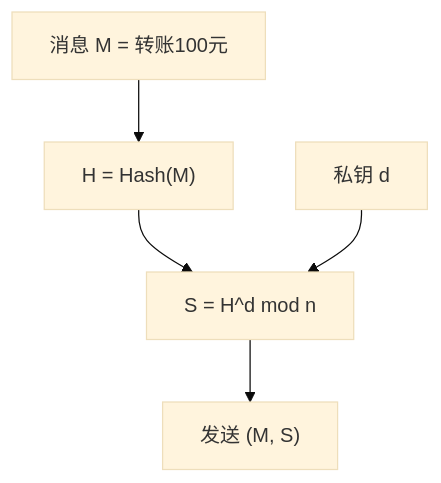
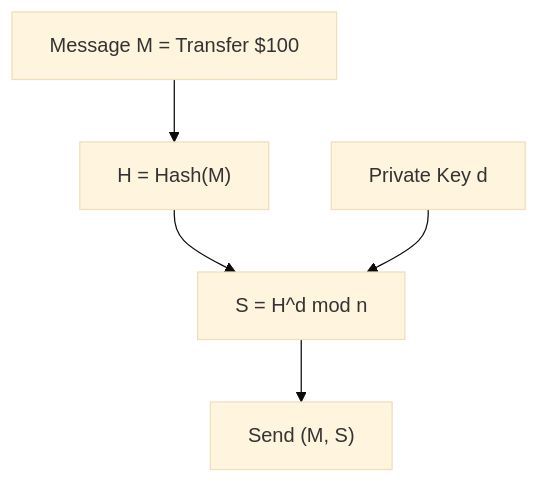
The first of 2 diagrams in docs/cryptography/rsa.mdx (stars-labs/cryptograph-onboarding-trainning), drawn with Mermaid (base theme) before and after one commit. The commit also changed other lines of this file and 15 other files, not shown here.

````diff
--- a/docs/cryptography/rsa.mdx
+++ b/docs/cryptography/rsa.mdx
@@ -396,7 +392,7 @@
 ```mermaid
 flowchart TD
-    M["消息 M = 转账100元"] --> H["H = Hash(M)"]
+    M["Message M = Transfer $100"] --> H["H = Hash(M)"]
     H --> S["S = H^d mod n"]
-    D[私钥 d] --> S
-    S --> OUT["发送 (M, S)"]
+    D[Private Key d] --> S
+    S --> OUT["Send (M, S)"]
 ```
````
